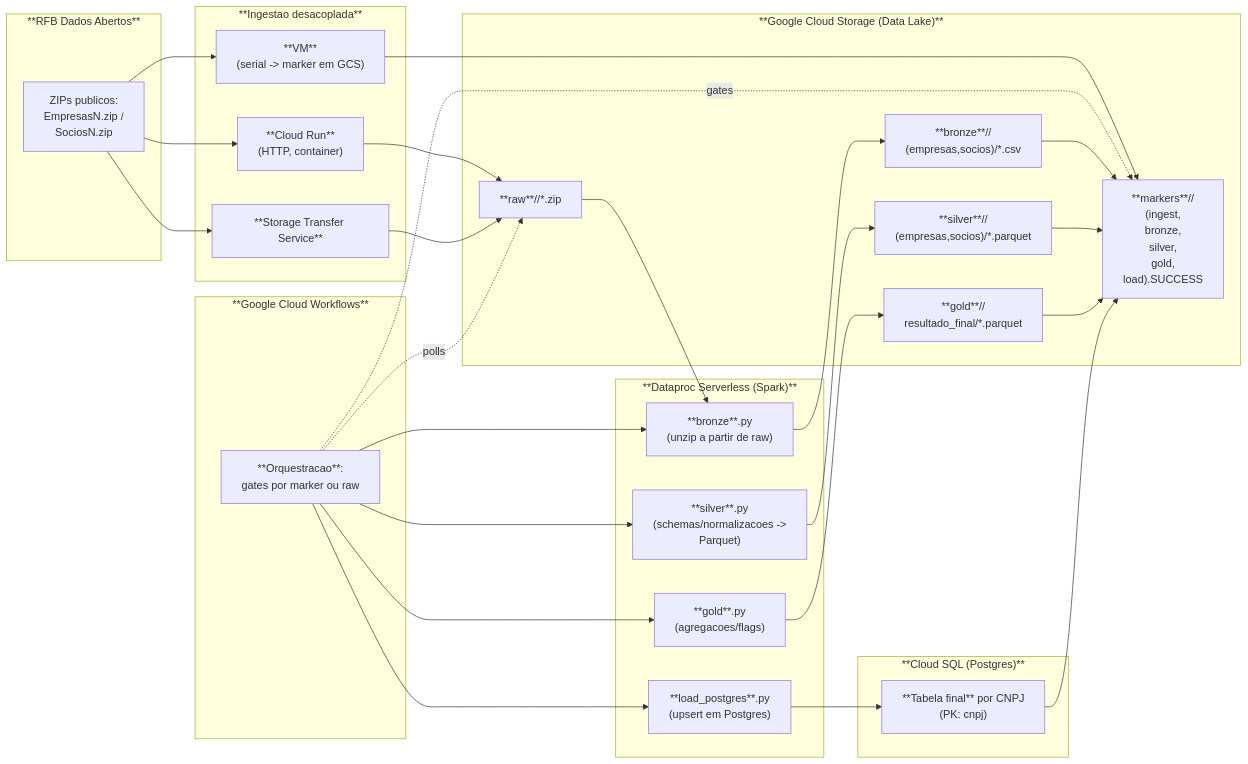
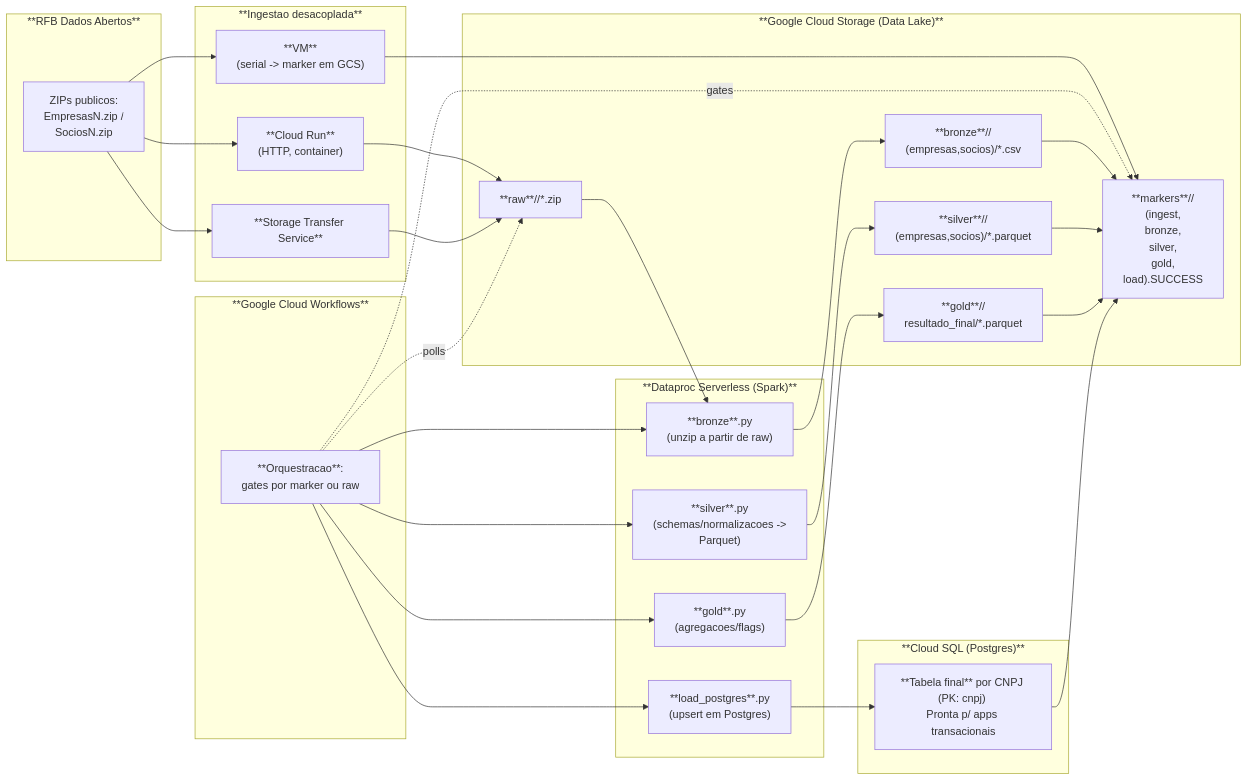
The diagram in README.md (jaquerando/case_stone), drawn with Mermaid before and after one commit. The commit also changed other lines of this file, not shown here.

````diff
--- a/README.md
+++ b/README.md
@@ -48,63 +48,63 @@
 ```mermaid
 flowchart LR
 
   %% === SOURCES ===
   subgraph SRC["**RFB Dados Abertos**"]
     s1["ZIPs publicos:<br/> EmpresasN.zip / <br/>SociosN.zip"]
   end
 
   %% === INGEST ===
   subgraph ING["**Ingestao desacoplada**"]
     A["**Cloud Run** <br/>(HTTP, container)"]
     B["**Storage Transfer Service**"]
     C["**VM** <br/>(serial -> marker em GCS)"]
   end
 
   %% === STORAGE ===
   subgraph GCS["**Google Cloud Storage (Data Lake)**"]
     raw["**raw**/<run_id>/*.zip"]
     brz["**bronze**/<run_id>/<br/>(empresas,socios)/*.csv"]
     slv["**silver**/<run_id>/<br/>(empresas,socios)/*.parquet"]
     gld["**gold**/<run_id>/<br/>resultado_final/*.parquet"]
     mrk["**markers**/<run_id>/<br/>(ingest,<br/>bronze,<br/>silver,<br/>gold,<br/>load).SUCCESS"]
   end
 
   %% === WORKFLOWS ===
   subgraph WF["**Google Cloud Workflows**"]
     wf1["**Orquestracao**: <br/>gates por marker ou raw"]
   end
 
   %% === SPARK ===
   subgraph DP["**Dataproc Serverless (Spark)**"]
     p1["**bronze**.py <br/>(unzip a partir de raw)"]
     p2["**silver**.py <br/>(schemas/normalizacoes -> <br/>Parquet)"]
     p3["**gold**.py <br/>(agregacoes/flags)"]
     p4["**load_postgres**.py <br/>(upsert em Postgres)"]
   end
 
   %% === DB ===
   subgraph SQL["**Cloud SQL (Postgres)**"]
-    tbl["**Tabela final** por CNPJ <br/>(PK: cnpj)"]
+    tbl["**Tabela final** por CNPJ <br/>(PK: cnpj) <br/>Pronta p/ apps transacionais"]
   end
 
   %% === FLUXOS DE DADOS ===
   s1 --> A
   s1 --> B
   s1 --> C
 
   A --> raw
   B --> raw
   C --> mrk
 
   %% join: bronze consome raw; workflows vigia raw/marker
   raw --> p1
   wf1 -. polls .-> raw
   wf1 -. gates .-> mrk
 
   %% pipeline medallion
   wf1 --> p1 --> brz --> mrk
   wf1 --> p2 --> slv --> mrk
   wf1 --> p3 --> gld --> mrk
   wf1 --> p4 --> tbl --> mrk
 
 ```
````
